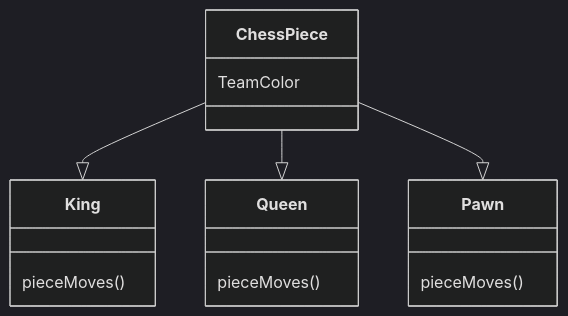
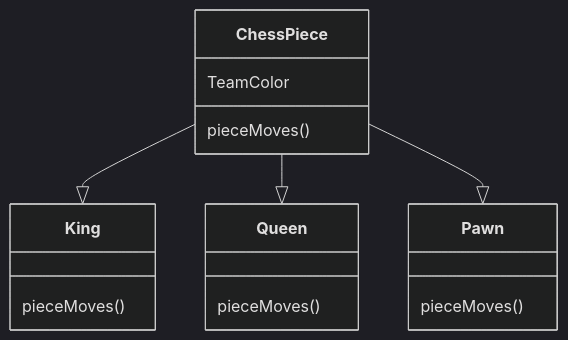
Before and after one commit to softwareconstruction240/softwareconstruction: the second of 3 diagrams in instruction/interfaces-abstract-classes/interfaces-and-abstract-classes.md, drawn with Mermaid (dark theme). The commit also changed other lines of this file, not shown here.

````diff
--- a/instruction/interfaces-abstract-classes/interfaces-and-abstract-classes.md
+++ b/instruction/interfaces-abstract-classes/interfaces-and-abstract-classes.md
@@ -271,23 +271,24 @@
 ```mermaid
 classDiagram
 
     class ChessPiece {
         TeamColor
+        pieceMoves()
     }
 
     ChessPiece --|> King
     ChessPiece --|> Queen
     ChessPiece --|> Pawn
 
     class King {
         pieceMoves()
     }
     class Queen {
         pieceMoves()
     }
 
     class Pawn {
         pieceMoves()
     }
 
 ```
````
